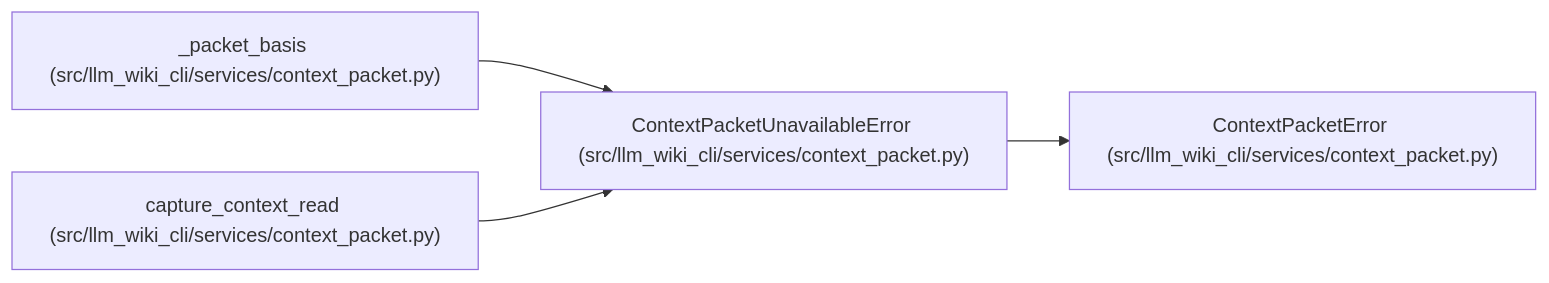
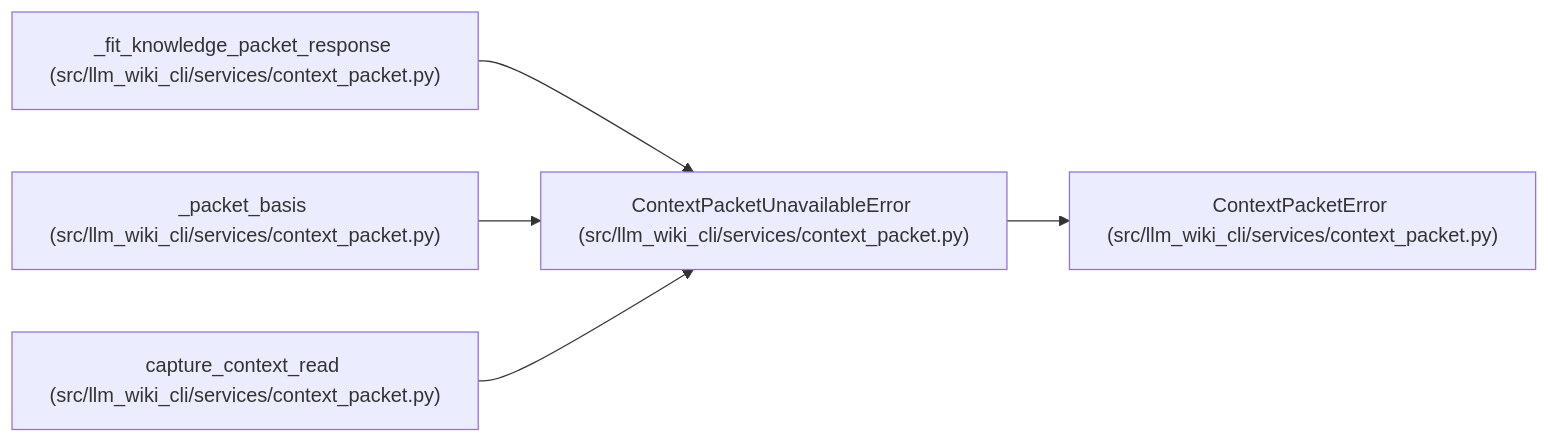
Before and after one commit to Denissvgn/python-wiki-llm: the diagram in docs/llm_wiki/entities/ContextPacketUnavailableError.md, drawn with Mermaid. The commit also changed other lines of this file and 364 other files, not shown here.

````diff
--- a/docs/llm_wiki/entities/ContextPacketUnavailableError.md
+++ b/docs/llm_wiki/entities/ContextPacketUnavailableError.md
@@ -23,14 +23,17 @@
 ```mermaid
 flowchart LR
     n0["ContextPacketUnavailableError (src/llm_wiki_cli/services/context_packet.py)"]
     n1["ContextPacketError (src/llm_wiki_cli/services/context_packet.py)"]
-    n2["_packet_basis (src/llm_wiki_cli/services/context_packet.py)"]
-    n3["capture_context_read (src/llm_wiki_cli/services/context_packet.py)"]
+    n2["_fit_knowledge_packet_response (src/llm_wiki_cli/services/context_packet.py)"]
+    n3["_packet_basis (src/llm_wiki_cli/services/context_packet.py)"]
+    n4["capture_context_read (src/llm_wiki_cli/services/context_packet.py)"]
     n0 --> n1
     n2 --> n0
     n3 --> n0
+    n4 --> n0
     click n0 "../modules/context_packet.md"
     click n1 "../modules/context_packet.md"
     click n2 "../modules/context_packet.md"
     click n3 "../modules/context_packet.md"
+    click n4 "../modules/context_packet.md"
 ```
````
